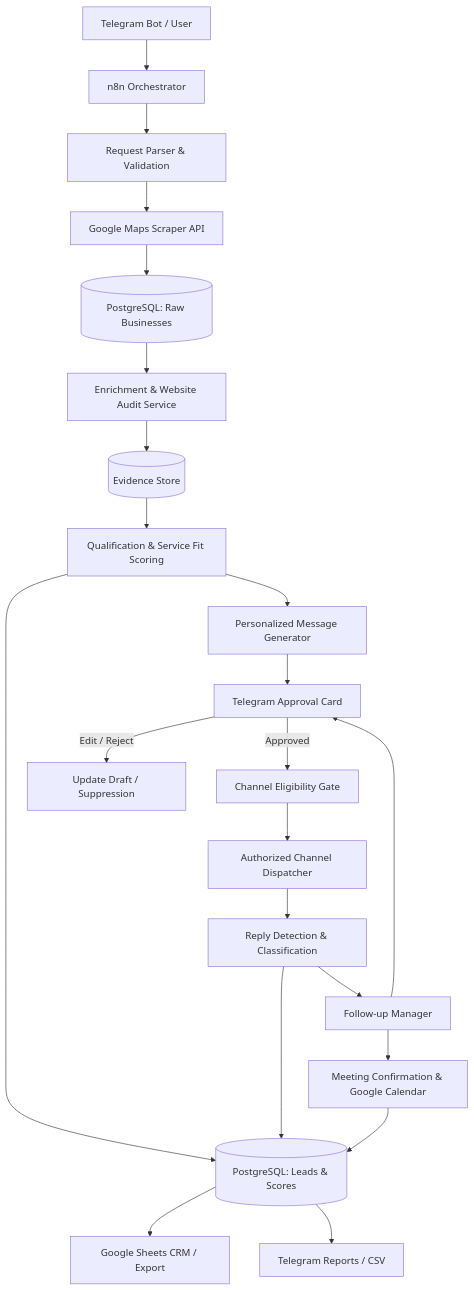
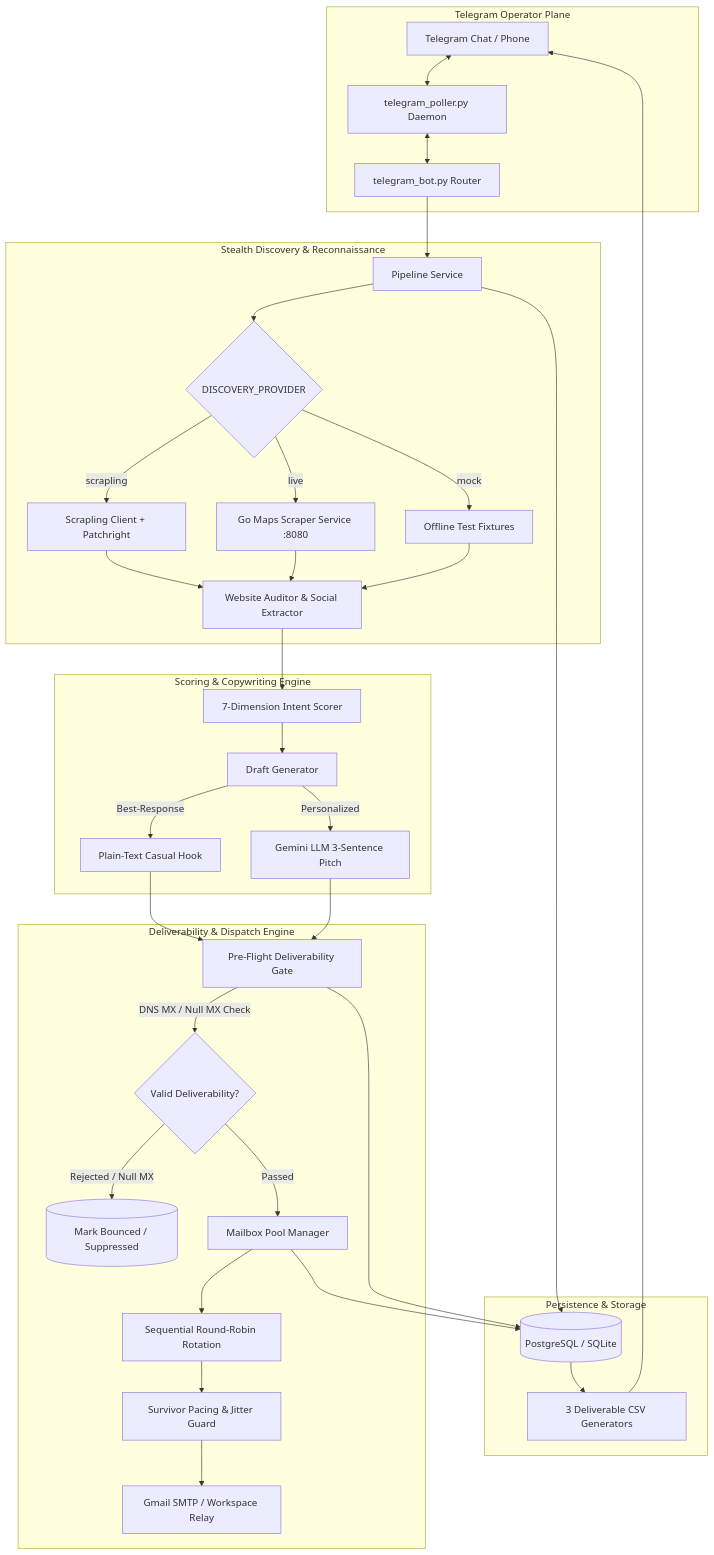
Before and after one commit to ronit-roy-0007/Cold-Email-Outreach_by_ori9in.io: the diagram in architecture.md, drawn with Mermaid. The commit also changed other lines of this file and 23 other files, not shown here.

````diff
--- a/architecture.md
+++ b/architecture.md
@@ -24,24 +20,44 @@
 ```mermaid
 flowchart TD
-    TG[Telegram Bot / User] --> N8N[n8n Orchestrator]
-    N8N --> PARSE[Request Parser & Validation]
-    PARSE --> MAPS[Google Maps Scraper API]
-    MAPS --> RAW[(PostgreSQL: Raw Businesses)]
-    RAW --> ENRICH[Enrichment & Website Audit Service]
-    ENRICH --> EVID[(Evidence Store)]
-    EVID --> SCORE[Qualification & Service Fit Scoring]
-    SCORE --> CRM[(PostgreSQL: Leads & Scores)]
-    SCORE --> DRAFT[Personalized Message Generator]
-    DRAFT --> APPROVAL[Telegram Approval Card]
-    APPROVAL -->|Approved| ELIGIBILITY[Channel Eligibility Gate]
-    APPROVAL -->|Edit / Reject| REVIEW[Update Draft / Suppression]
-    ELIGIBILITY --> DISPATCH[Authorized Channel Dispatcher]
-    DISPATCH --> REPLIES[Reply Detection & Classification]
-    REPLIES --> FOLLOWUP[Follow-up Manager]
-    FOLLOWUP --> APPROVAL
-    REPLIES --> CRM
-    FOLLOWUP --> CAL[Meeting Confirmation & Google Calendar]
-    CAL --> CRM
-    CRM --> SHEETS[Google Sheets CRM / Export]
-    CRM --> REPORT[Telegram Reports / CSV]
+    subgraph ControlPlane [Telegram Operator Plane]
+        TG[Telegram Chat / Phone] <--> POLL[telegram_poller.py Daemon]
+        POLL <--> BOT[telegram_bot.py Router]
+    end
+
+    subgraph DiscoveryEngine [Stealth Discovery & Reconnaissance]
+        BOT --> PIPE[Pipeline Service]
+        PIPE --> PROV{DISCOVERY_PROVIDER}
+        PROV -->|scrapling| SCRAP[Scrapling Client + Patchright]
+        PROV -->|live| GOSCRAP[Go Maps Scraper Service :8080]
+        PROV -->|mock| MOCK[Offline Test Fixtures]
+        SCRAP --> AUDIT[Website Auditor & Social Extractor]
+        GOSCRAP --> AUDIT
+        MOCK --> AUDIT
+    end
+
+    subgraph IntelligenceEngine [Scoring & Copywriting Engine]
+        AUDIT --> SCORE[7-Dimension Intent Scorer]
+        SCORE --> DRAFT[Draft Generator]
+        DRAFT -->|Best-Response| CASUAL[Plain-Text Casual Hook]
+        DRAFT -->|Personalized| GEMINI[Gemini LLM 3-Sentence Pitch]
+    end
+
+    subgraph GateAndDispatch [Deliverability & Dispatch Engine]
+        CASUAL --> GATE[Pre-Flight Deliverability Gate]
+        GEMINI --> GATE
+        GATE -->|DNS MX / Null MX Check| MXPASS{Valid Deliverability?}
+        MXPASS -->|Rejected / Null MX| BOUNCE[(Mark Bounced / Suppressed)]
+        MXPASS -->|Passed| POOL[Mailbox Pool Manager]
+        POOL --> ROTATE[Sequential Round-Robin Rotation]
+        ROTATE --> PACING[Survivor Pacing & Jitter Guard]
+        PACING --> GMAIL[Gmail SMTP / Workspace Relay]
+    end
+
+    subgraph DataStore [Persistence & Storage]
+        PIPE --> DB[(PostgreSQL / SQLite)]
+        GATE --> DB
+        POOL --> DB
+        DB --> CSV[3 Deliverable CSV Generators]
+        CSV --> TG
+    end
 ```
````
